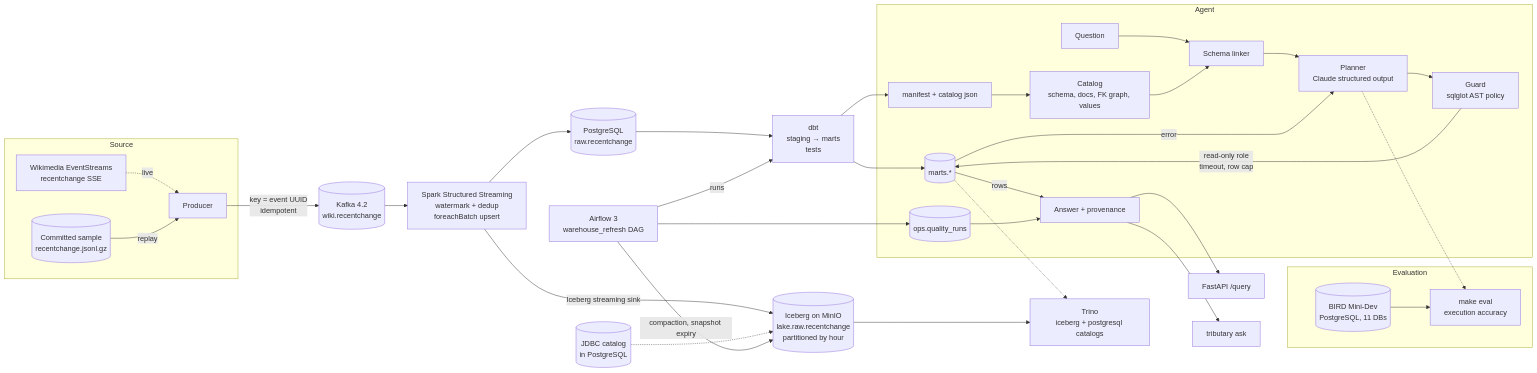
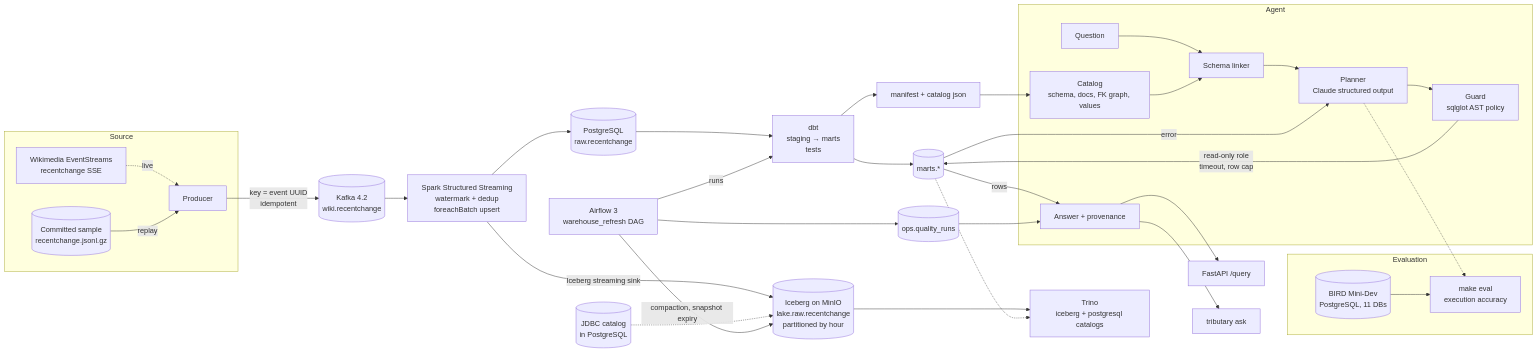
One commit to TheAsianFish/tributary changed the diagram in PLAN.md. Above: the diagram before and after it, drawn with Mermaid.

Commit message:
Keep cross-layer edges out of the diagram's subgraphs
Mermaid places a node inside whichever subgraph references it, so the
marts, the dbt catalog and ops.quality_runs were drawn inside the Agent
box and the warehouse looked like part of the agent. Declare each
subgraph's own nodes inside it and draw the cross-layer edges outside.

````diff
--- a/PLAN.md
+++ b/PLAN.md
@@ -86,37 +86,42 @@
 ```mermaid
 flowchart LR
     subgraph Source
-        W[Wikimedia EventStreams<br/>recentchange SSE] -. live .-> P
-        S[(Committed sample<br/>recentchange.jsonl.gz)] -- replay --> P[Producer]
+        W[Wikimedia EventStreams<br/>recentchange SSE]
+        S[(Committed sample<br/>recentchange.jsonl.gz)]
+        P[Producer]
     end
+    W -. live .-> P
+    S -- replay --> P
     P -->|key = event UUID<br/>idempotent| K[(Kafka 4.2<br/>wiki.recentchange)]
     K --> SJ[Spark Structured Streaming<br/>watermark + dedup<br/>foreachBatch upsert]
     SJ --> RAW[(PostgreSQL<br/>raw.recentchange)]
     RAW --> DBT[dbt<br/>staging → marts<br/>tests]
     AF[Airflow 3<br/>warehouse_refresh DAG] -->|runs| DBT
     DBT --> MARTS[(marts.*)]
     DBT --> CAT[manifest + catalog json]
     AF --> QR[(ops.quality_runs)]
     SJ -->|Iceberg streaming sink| ICE[(Iceberg on MinIO<br/>lake.raw.recentchange<br/>partitioned by hour)]
     JC[(JDBC catalog<br/>in PostgreSQL)] -.-> ICE
     ICE --> TR[Trino<br/>iceberg + postgresql catalogs]
     MARTS -.-> TR
     AF -->|compaction, snapshot expiry| ICE
     subgraph Agent
-        CAT --> C[Catalog<br/>schema, docs, FK graph, values]
+        C[Catalog<br/>schema, docs, FK graph, values]
         Q[Question] --> L[Schema linker]
         C --> L
         L --> PL[Planner<br/>Claude structured output]
         PL --> G[Guard<br/>sqlglot AST policy]
-        G -->|read-only role<br/>timeout, row cap| MARTS
-        MARTS -->|error| PL
-        MARTS -->|rows| A[Answer + provenance]
-        QR --> A
+        A[Answer + provenance]
     end
+    CAT --> C
+    G -->|read-only role<br/>timeout, row cap| MARTS
+    MARTS -->|error| PL
+    MARTS -->|rows| A
+    QR --> A
     A --> API[FastAPI /query]
     A --> CLI[tributary ask]
     subgraph Evaluation
         B[(BIRD Mini-Dev<br/>PostgreSQL, 11 DBs)] --> E[make eval<br/>execution accuracy]
-        PL -.-> E
     end
+    PL -.-> E
 ```
````
